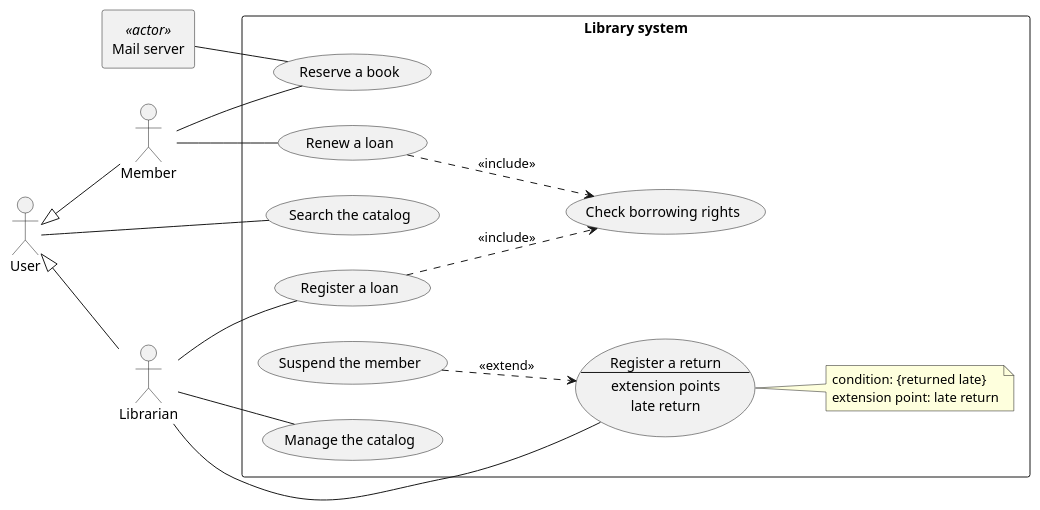
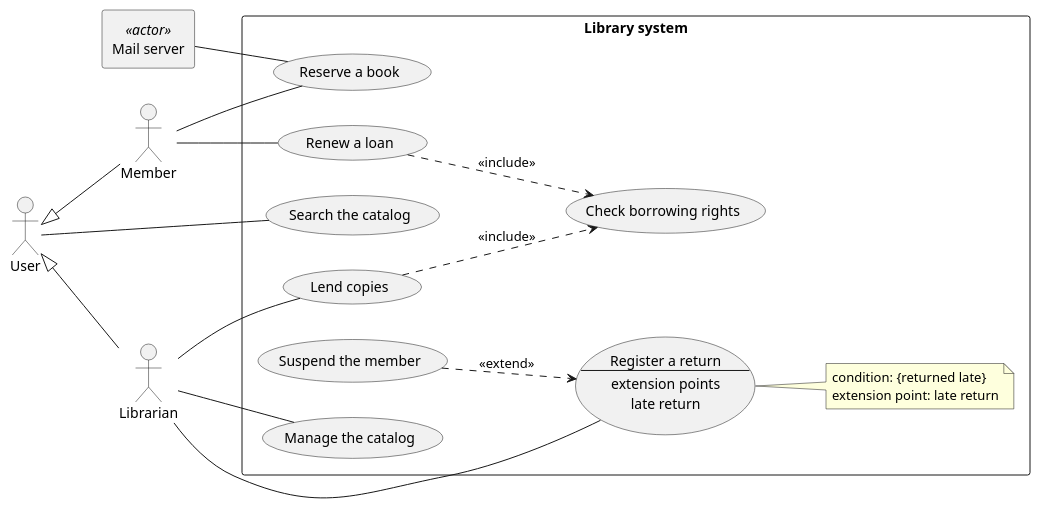
The diagram in docs/uml/use-cases.puml (salsabeelda/tp2-library), drawn with PlantUML before and after one commit. The commit also changed 1 other file, not shown here.

Commit message:
Rename Register a loan to Lend copies

```diff
--- a/docs/uml/use-cases.puml
+++ b/docs/uml/use-cases.puml
@@ -2,57 +2,57 @@
 @startuml
 left to right direction
 
 ' Actors
 actor User
 actor Member
 actor Librarian
 rectangle "Mail server" as Mail <<actor>>
 
 ' Generalization
 User <|-- Member
 User <|-- Librarian
 
 rectangle "Library system" {
 
     ' Use cases
     usecase "Search the catalog" as Search
     usecase "Reserve a book" as Reserve
     usecase "Renew a loan" as Renew
-    usecase "Register a loan" as Lend
+    usecase "Lend copies" as Lend
     usecase "Check borrowing rights" as Check
 
     usecase Return as "Register a return
     --
     extension points
     late return"
 
     usecase "Suspend the member" as Suspend
     usecase "Manage the catalog" as Manage
 
     ' Include relationships
     Renew ..> Check : <<include>>
     Lend ..> Check : <<include>>
 
     ' Extend relationship
     Suspend ..> Return : <<extend>>
 
     ' Extension condition
     note right of Return
         condition: {returned late}
         extension point: late return
     end note
 }
 
 ' Associations
 User -- Search
 
 Member -- Reserve
 Member -- Renew
 
 Librarian -- Lend
 Librarian -- Return
 Librarian -- Manage
 
 Mail -- Reserve
 
 @enduml
```
